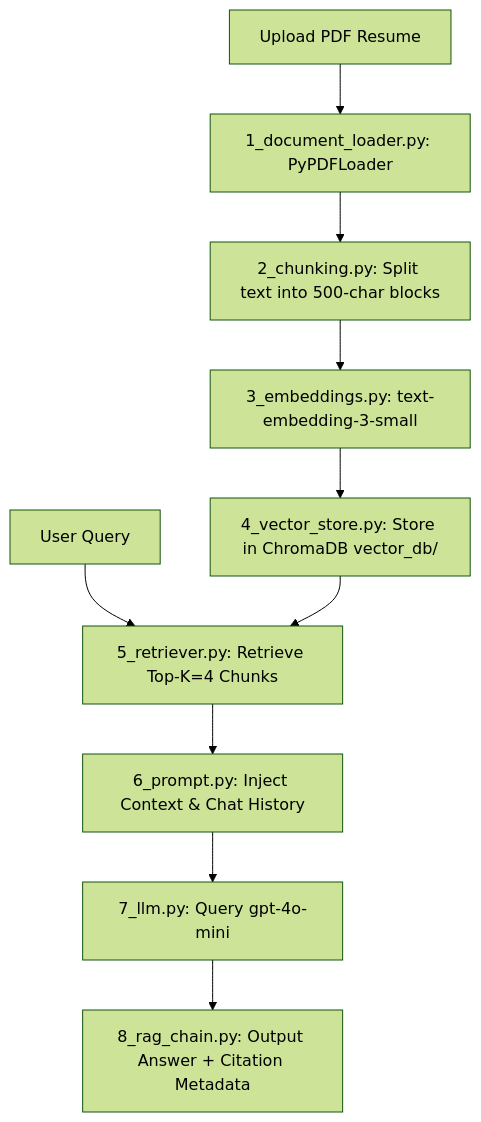
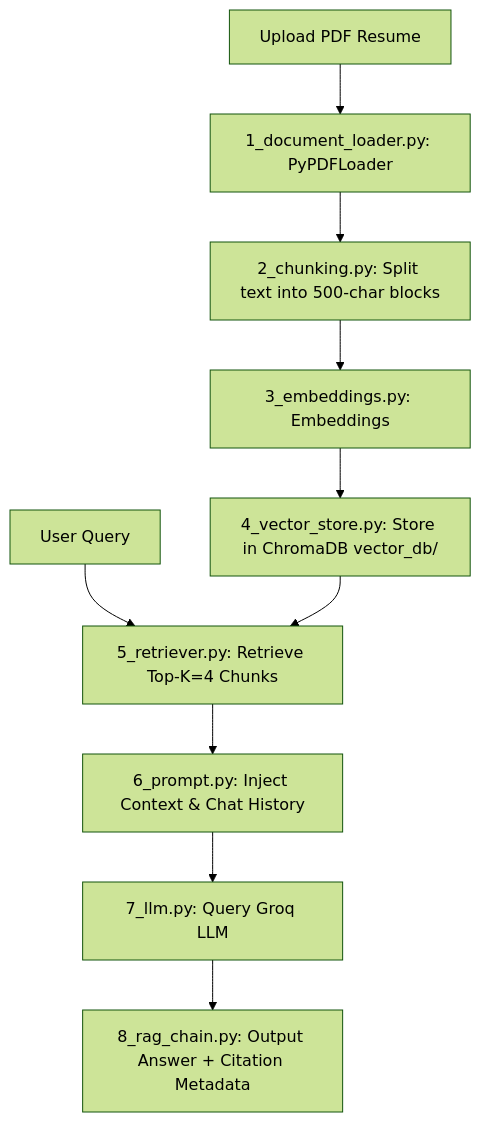
One commit to PS-Shruti-Ingle/ResumeGPT changed the diagram in README.md. Above: the diagram before and after it, drawn with Mermaid (forest theme). The commit also changed other lines of this file, not shown here.

````diff
--- a/README.md
+++ b/README.md
@@ -58,13 +58,13 @@
 ```mermaid
 graph TD
     A[Upload PDF Resume] --> B[1_document_loader.py: PyPDFLoader]
     B --> C[2_chunking.py: Split text into 500-char blocks]
-    C --> D[3_embeddings.py: text-embedding-3-small]
+    C --> D[3_embeddings.py: Embeddings]
     D --> E[4_vector_store.py: Store in ChromaDB vector_db/]
     
     F[User Query] --> G[5_retriever.py: Retrieve Top-K=4 Chunks]
     E --> G
     G --> H[6_prompt.py: Inject Context & Chat History]
-    H --> I[7_llm.py: Query gpt-4o-mini]
+    H --> I[7_llm.py: Query Groq LLM]
     I --> J[8_rag_chain.py: Output Answer + Citation Metadata]
 ```
````
